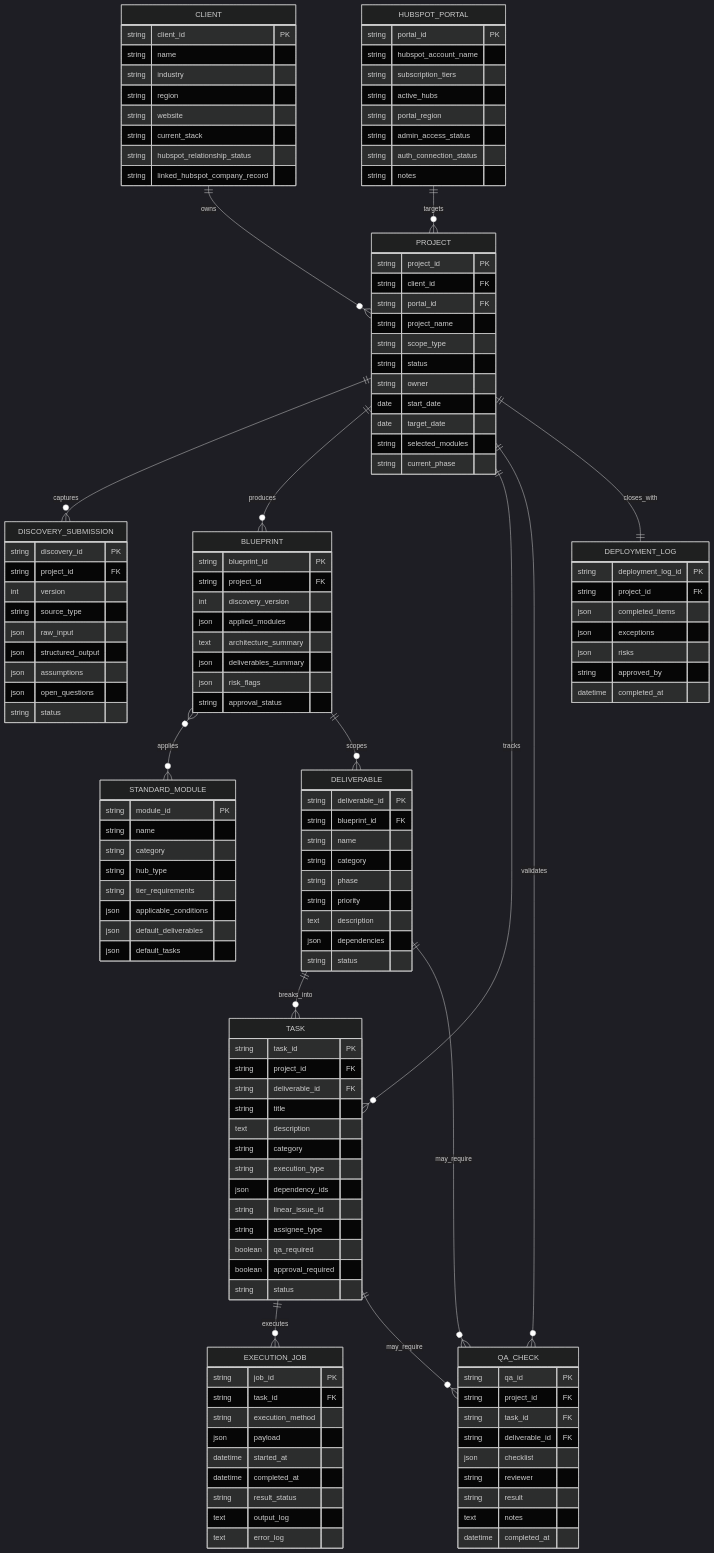
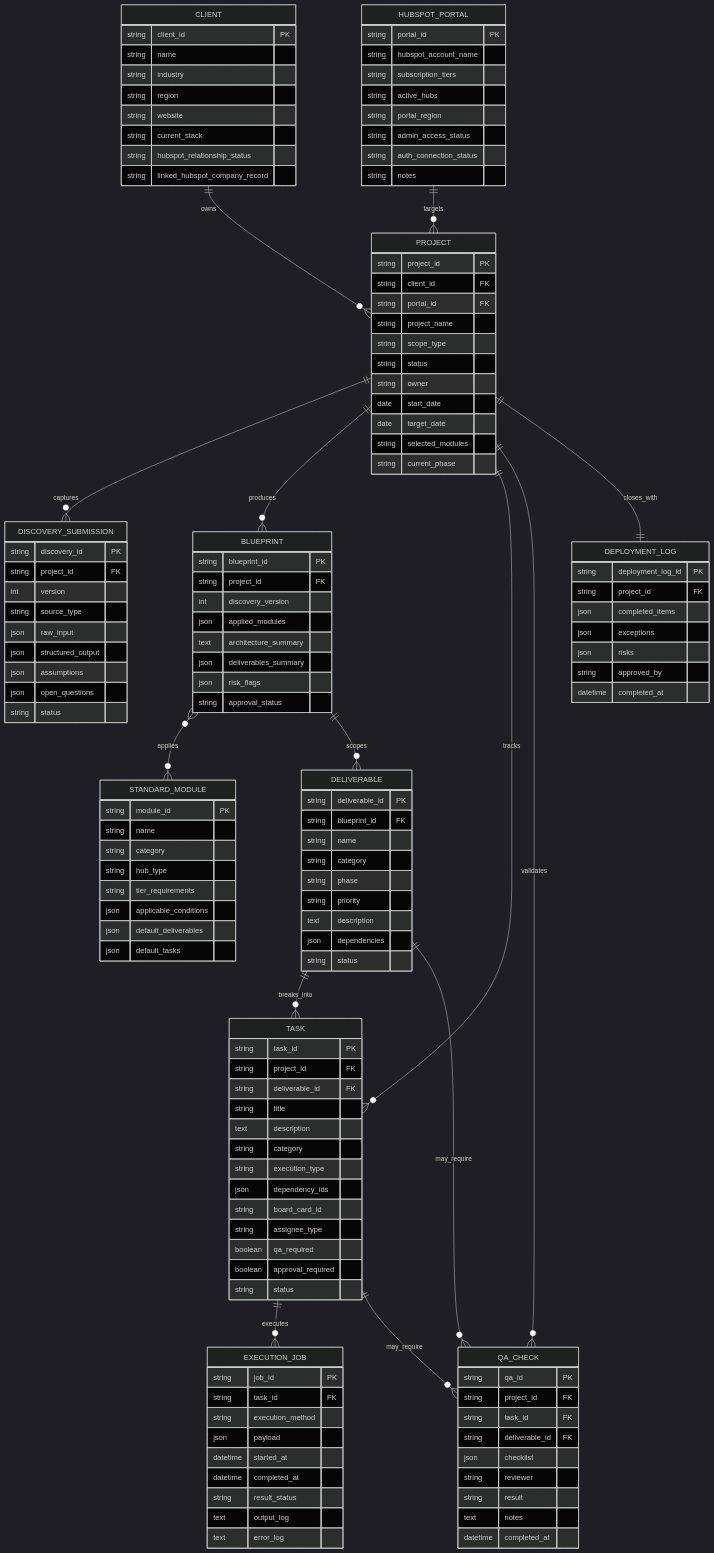
The diagram in docs/domain-model.md (Muloo-Build/Muloo-DeplyOS), drawn with Mermaid (dark theme) before and after one commit. The commit also changed other lines of this file and 5 other files, not shown here.

```diff
--- a/docs/domain-model.md
+++ b/docs/domain-model.md
@@ -109,7 +109,7 @@
       string category
       string execution_type
       json dependency_ids
-      string linear_issue_id
+      string board_card_id
       string assignee_type
       boolean qa_required
       boolean approval_required
```
